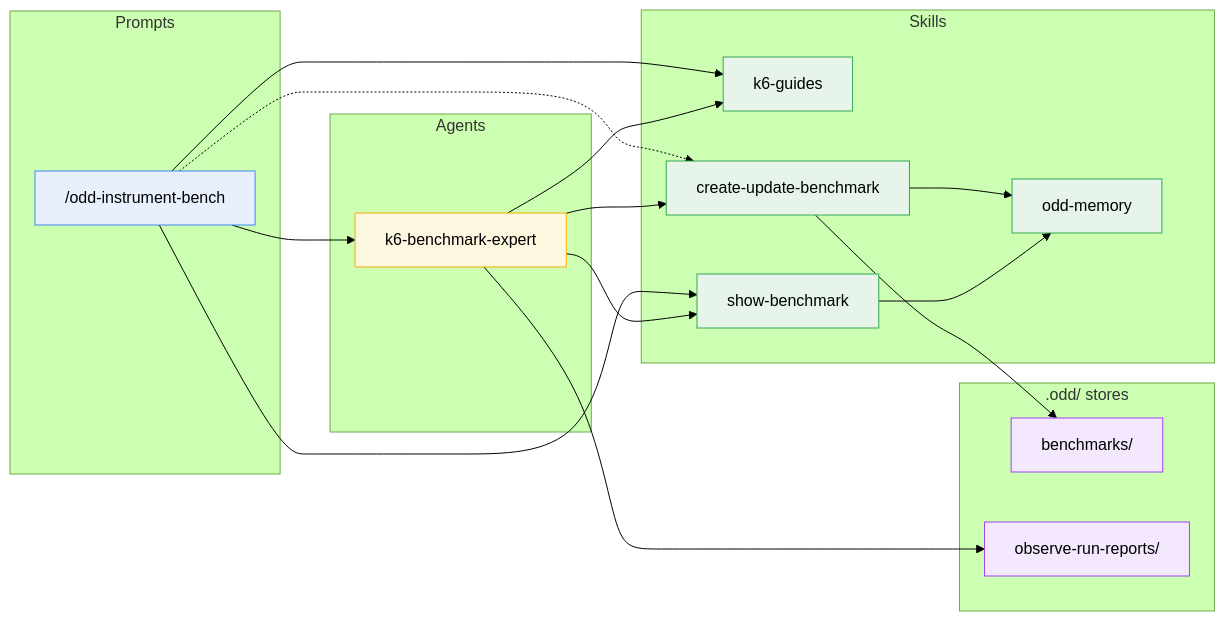
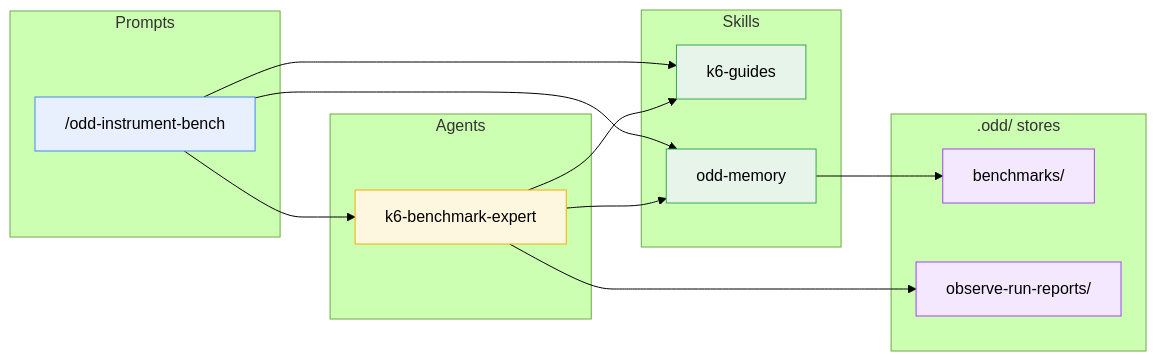
The second of 7 diagrams in docs/guide/dependencies.md (using-system/oddyssey), drawn with Mermaid (forest theme) before and after one commit. The commit also changed other lines of this file and 24 other files, not shown here.

Commit message:
feat(skill): fold the create and show skills into odd-memory references - one memory skill, one reference per kind (#316)

````diff
--- a/docs/guide/dependencies.md
+++ b/docs/guide/dependencies.md
@@ -98,46 +93,40 @@
 ```mermaid
 flowchart LR
   subgraph Prompts
     bench["/odd-instrument-bench"]
   end
 
   subgraph Agents
     k6x[k6-benchmark-expert]
   end
 
   subgraph Skills
     kg[k6-guides]
-    cub[create-update-benchmark]
-    sb[show-benchmark]
     mem[odd-memory]
   end
 
   subgraph Stores[".odd/ stores"]
     benchdir[benchmarks/]
     obsdir[observe-run-reports/]
   end
 
   bench --> k6x
   bench --> kg
-  bench --> sb
-  bench -.-> cub
+  bench --> mem
 
   k6x --> kg
-  k6x --> cub
-  k6x --> sb
+  k6x --> mem
   k6x --> obsdir
 
-  cub --> benchdir
+  mem --> benchdir
 
-  cub --> mem
-  sb --> mem
 
   classDef prompt fill:#e8f0fe,stroke:#4285f4
   classDef agent fill:#fef7e0,stroke:#f9ab00
   classDef skill fill:#e6f4ea,stroke:#34a853
   classDef store fill:#f3e8fd,stroke:#a142f4
   class bench prompt
   class k6x agent
-  class kg,cub,sb,mem skill
+  class kg,mem skill
   class benchdir,obsdir store
 ```
````
